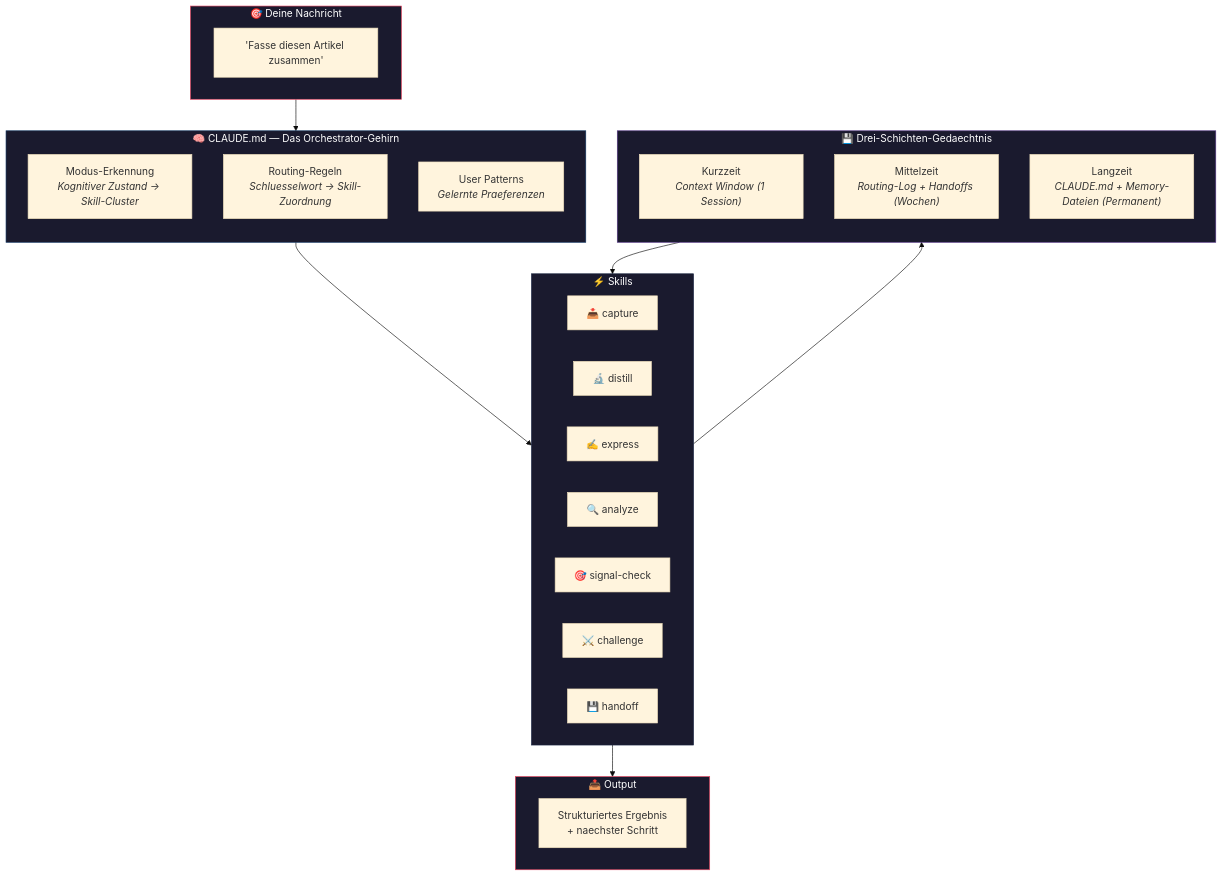
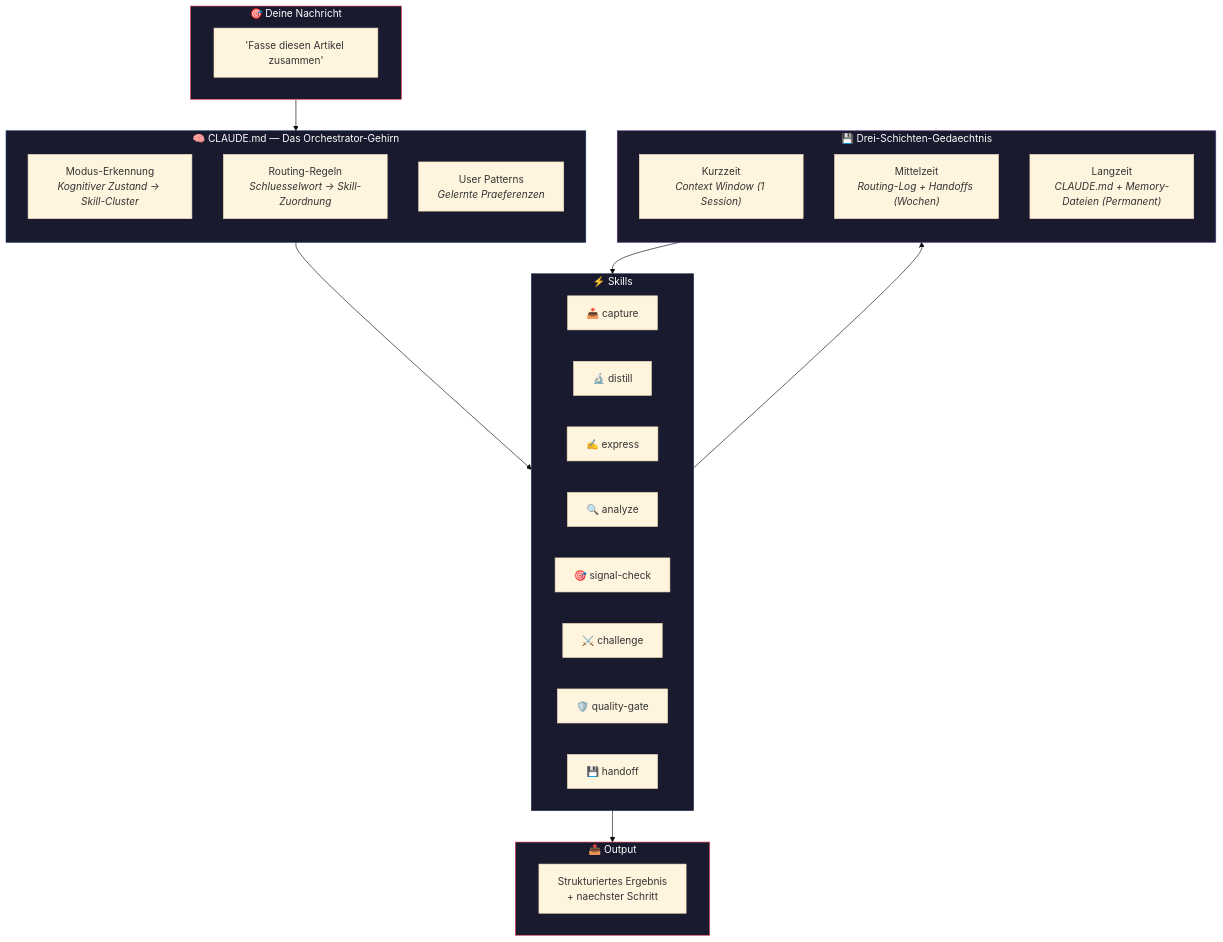
One commit to janrummel/claude-orchestrator-starter changed the first of 5 diagrams in README.de.md. Above: the diagram before and after it, drawn with Mermaid (base theme). The commit also changed other lines of this file and 6 other files, not shown here.

Commit message:
Add quality-gate as 8th core skill — output quality orchestration with triage levels, external verification, and quality scoring

````diff
--- a/README.de.md
+++ b/README.de.md
@@ -59,48 +65,49 @@
 ```mermaid
 flowchart TB
     subgraph INPUT ["🎯 Deine Nachricht"]
         direction LR
         msg["'Fasse diesen Artikel zusammen'"]
     end
 
     subgraph BRAIN ["🧠 CLAUDE.md — Das Orchestrator-Gehirn"]
         direction TB
         mode["Modus-Erkennung<br/><i>Kognitiver Zustand → Skill-Cluster</i>"]
         route["Routing-Regeln<br/><i>Schluesselwort → Skill-Zuordnung</i>"]
         patterns["User Patterns<br/><i>Gelernte Praeferenzen</i>"]
     end
 
     subgraph SKILLS ["⚡ Skills"]
         direction LR
         capture["📥 capture"]
         distill["🔬 distill"]
         express["✍️ express"]
         analyze["🔍 analyze"]
         signal["🎯 signal-check"]
         challenge["⚔️ challenge"]
+        qgate["🛡️ quality-gate"]
         handoff["💾 handoff"]
     end
 
     subgraph MEMORY ["💾 Drei-Schichten-Gedaechtnis"]
         direction TB
         short["Kurzzeit<br/><i>Context Window (1 Session)</i>"]
         mid["Mittelzeit<br/><i>Routing-Log + Handoffs (Wochen)</i>"]
         long["Langzeit<br/><i>CLAUDE.md + Memory-Dateien (Permanent)</i>"]
     end
 
     subgraph OUTPUT ["📤 Output"]
         result["Strukturiertes Ergebnis<br/>+ naechster Schritt"]
     end
 
     INPUT --> BRAIN
     BRAIN --> SKILLS
     SKILLS --> MEMORY
     MEMORY --> SKILLS
     SKILLS --> OUTPUT
 
     style INPUT fill:#1a1a2e,stroke:#e94560,color:#fff
     style BRAIN fill:#1a1a2e,stroke:#0f3460,color:#fff
     style SKILLS fill:#1a1a2e,stroke:#16213e,color:#fff
     style MEMORY fill:#1a1a2e,stroke:#533483,color:#fff
     style OUTPUT fill:#1a1a2e,stroke:#e94560,color:#fff
 ```
````
